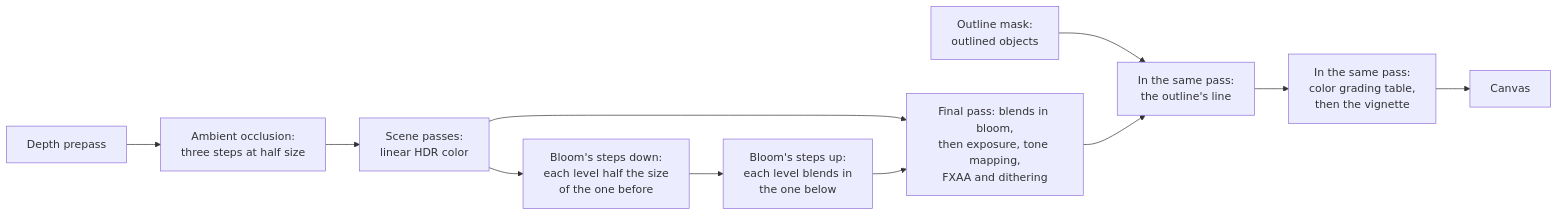
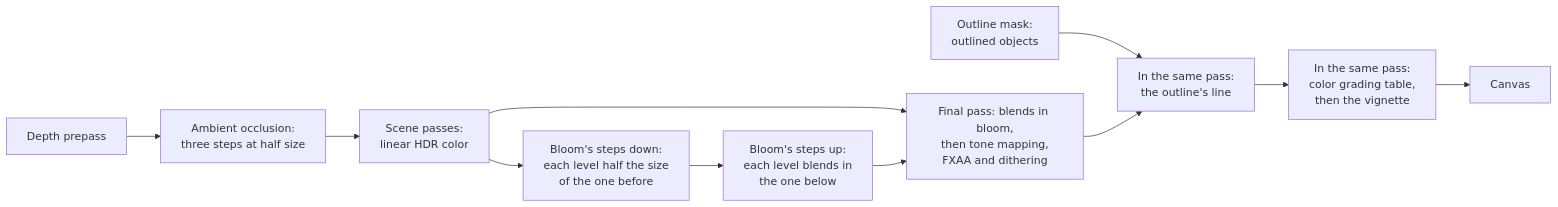
The diagram in docs/concepts/post-processing.md (null3d-engine/null3d), drawn with Mermaid before and after one commit. The commit also changed other lines of this file and 63 other files, not shown here.

````diff
--- a/docs/concepts/post-processing.md
+++ b/docs/concepts/post-processing.md
@@ -13,13 +13,13 @@
 ```mermaid
 flowchart LR
     prepass["Depth prepass"] --> ao["Ambient occlusion:<br/>three steps at half size"]
     ao --> scene
     scene["Scene passes:<br/>linear HDR color"] --> down["Bloom's steps down:<br/>each level half the size<br/>of the one before"]
     down --> up["Bloom's steps up:<br/>each level blends in<br/>the one below"]
-    scene --> final["Final pass: blends in bloom,<br/>then exposure, tone mapping,<br/>FXAA and dithering"]
+    scene --> final["Final pass: blends in bloom,<br/>then tone mapping,<br/>FXAA and dithering"]
     up --> final
     mask["Outline mask:<br/>outlined objects"] --> line
     final --> line["In the same pass:<br/>the outline's line"]
     line --> grade["In the same pass:<br/>color grading table,<br/>then the vignette"]
     grade --> canvas["Canvas"]
 ```
````
